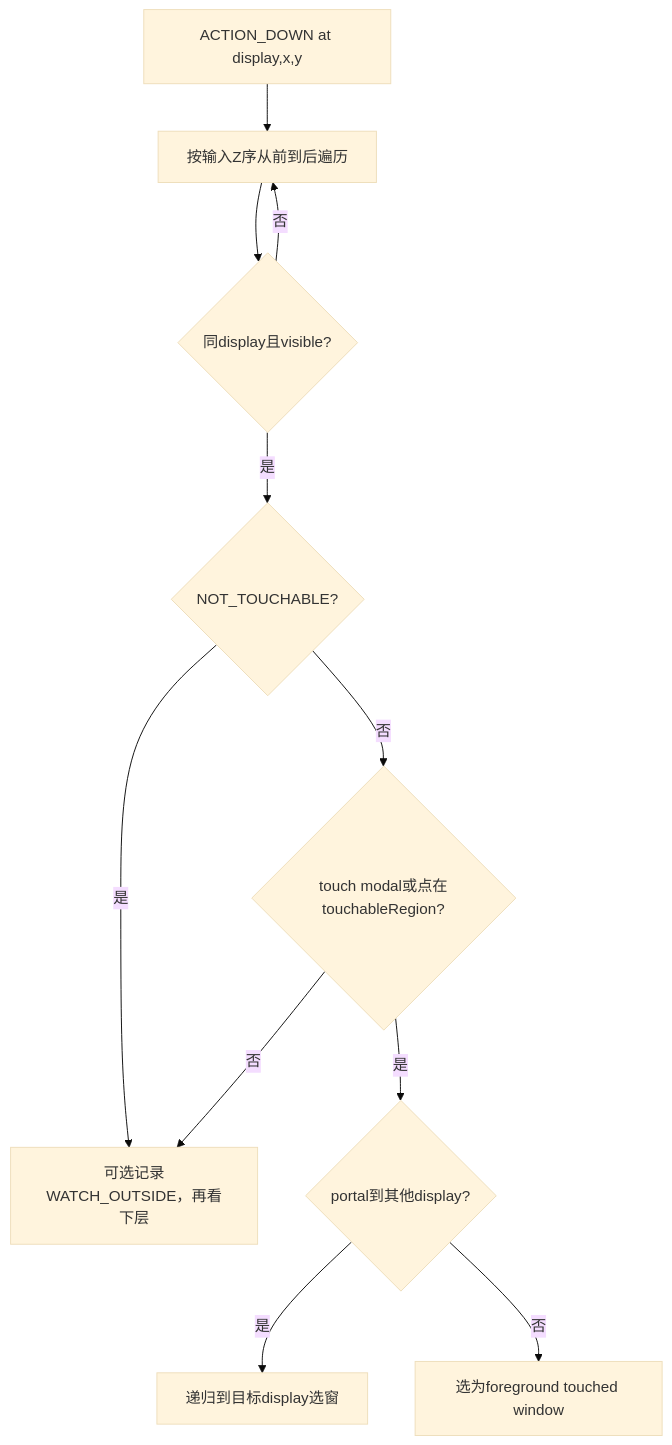
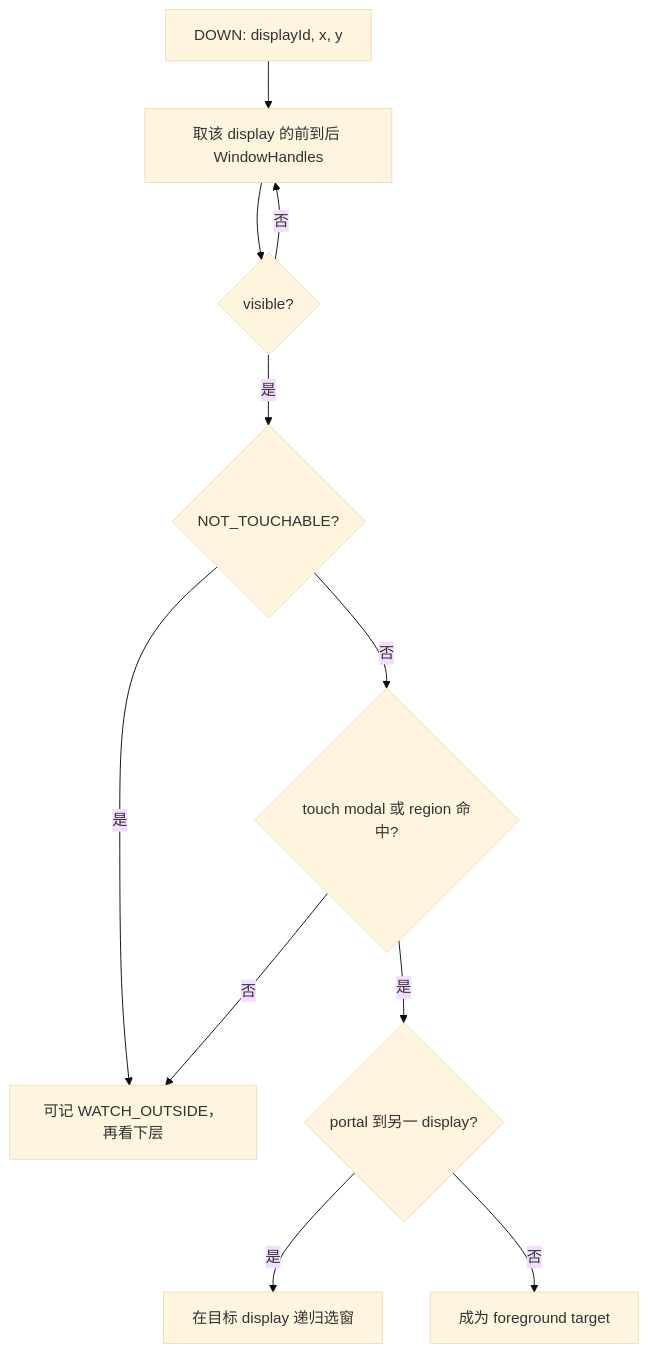
The diagram in Android源码学习/173-AndroidInputWindowHandleInputDispatcher窗口快照与触摸路由.md (junyingzhao001/StudyNotes), drawn with Mermaid (base theme) before and after one commit. The commit also changed other lines of this file and 30 other files, not shown here.

````diff
--- a/Android源码学习/173-AndroidInputWindowHandleInputDispatcher窗口快照与触摸路由.md
+++ b/Android源码学习/173-AndroidInputWindowHandleInputDispatcher窗口快照与触摸路由.md
@@ -736,13 +422,13 @@
 ```mermaid
 flowchart TD
-    A["ACTION_DOWN at display,x,y"] --> B["按输入Z序从前到后遍历"]
-    B --> C{"同display且visible?"}
+    A["DOWN: displayId, x, y"] --> B["取该 display 的前到后 WindowHandles"]
+    B --> C{"visible?"}
     C -- "否" --> B
     C -- "是" --> D{"NOT_TOUCHABLE?"}
-    D -- "是" --> F["可选记录WATCH_OUTSIDE，再看下层"]
-    D -- "否" --> E{"touch modal或点在touchableRegion?"}
-    E -- "否" --> F
-    E -- "是" --> G{"portal到其他display?"}
-    G -- "是" --> H["递归到目标display选窗"]
-    G -- "否" --> I["选为foreground touched window"]
+    D -- "是" --> G["可记 WATCH_OUTSIDE，再看下层"]
+    D -- "否" --> E{"touch modal 或 region 命中?"}
+    E -- "否" --> G
+    E -- "是" --> F{"portal 到另一 display?"}
+    F -- "是" --> H["在目标 display 递归选窗"]
+    F -- "否" --> I["成为 foreground target"]
 ```
````
